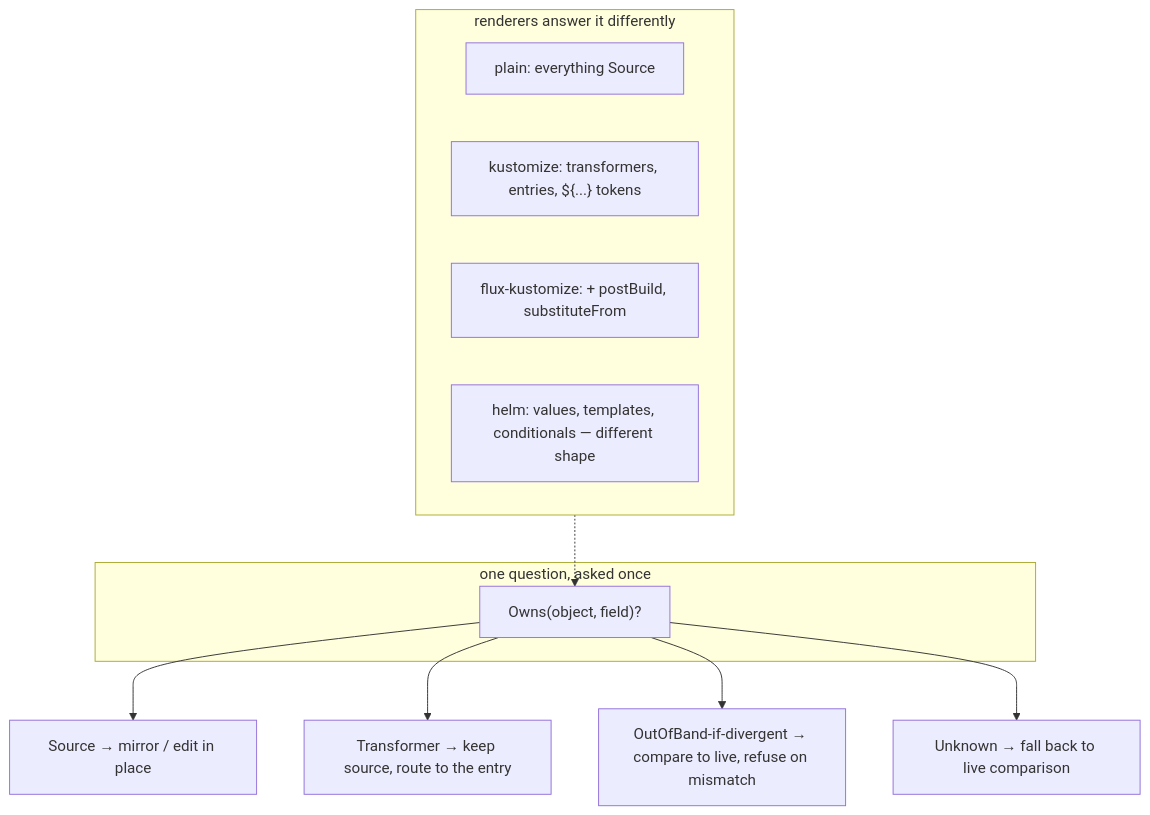
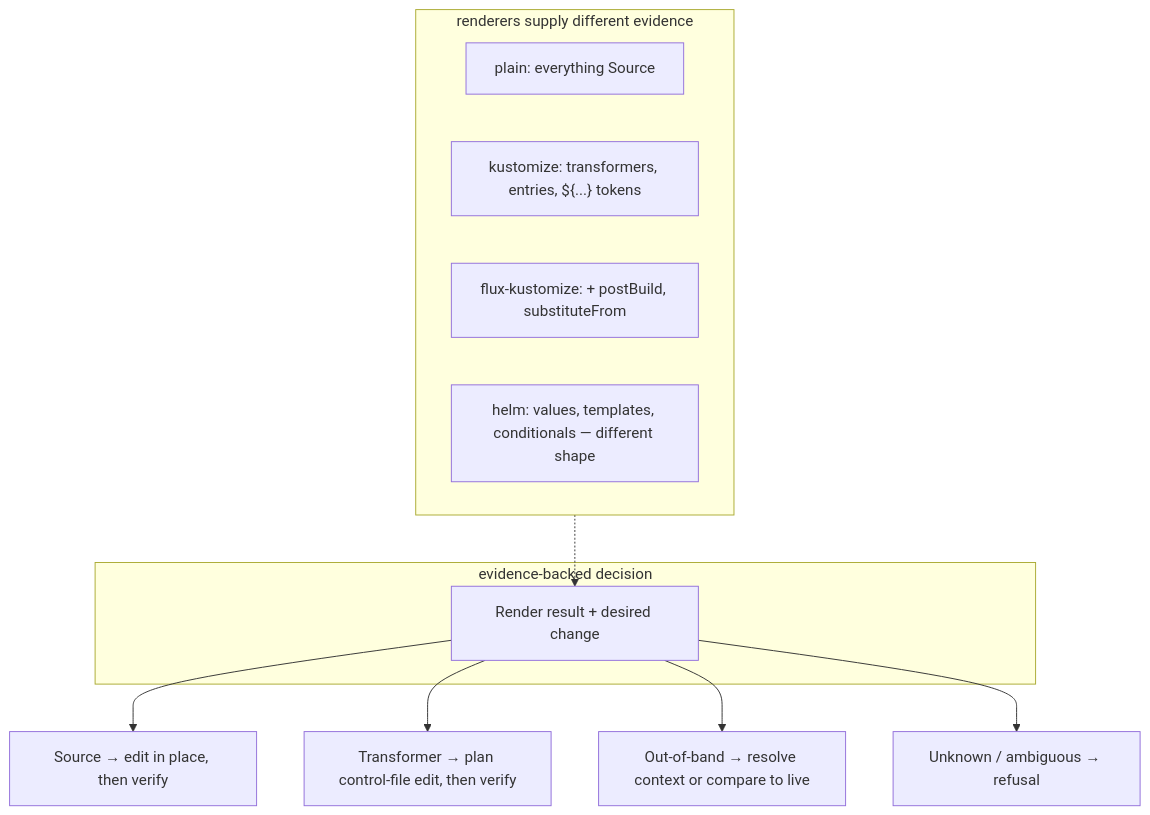
Before and after one commit to ConfigButler/gitops-reverser: the diagram in docs/design/support-boundary/renderer-abstraction-idea.md, drawn with Mermaid. The commit also changed other lines of this file, not shown here.

````diff
--- a/docs/design/support-boundary/renderer-abstraction-idea.md
+++ b/docs/design/support-boundary/renderer-abstraction-idea.md
@@ -91,18 +118,18 @@
 ```mermaid
 flowchart TD
-    subgraph seam["one question, asked once"]
-        Q["Owns(object, field)?"]
+    subgraph seam["evidence-backed decision"]
+        Q["Render result + desired change"]
     end
-    Q --> S["Source → mirror / edit in place"]
-    Q --> T["Transformer → keep source, route to the entry"]
-    Q --> B["OutOfBand-if-divergent → compare to live, refuse on mismatch"]
-    Q --> U["Unknown → fall back to live comparison"]
+    Q --> S["Source → edit in place, then verify"]
+    Q --> T["Transformer → plan control-file edit, then verify"]
+    Q --> B["Out-of-band → resolve context or compare to live"]
+    Q --> U["Unknown / ambiguous → refusal"]
 
-    subgraph impls["renderers answer it differently"]
+    subgraph impls["renderers supply different evidence"]
         P["plain: everything Source"]
         K["kustomize: transformers, entries, ${...} tokens"]
         FK["flux-kustomize: + postBuild, substituteFrom"]
         H["helm: values, templates, conditionals — different shape"]
     end
     impls -.-> Q
 ```
````
